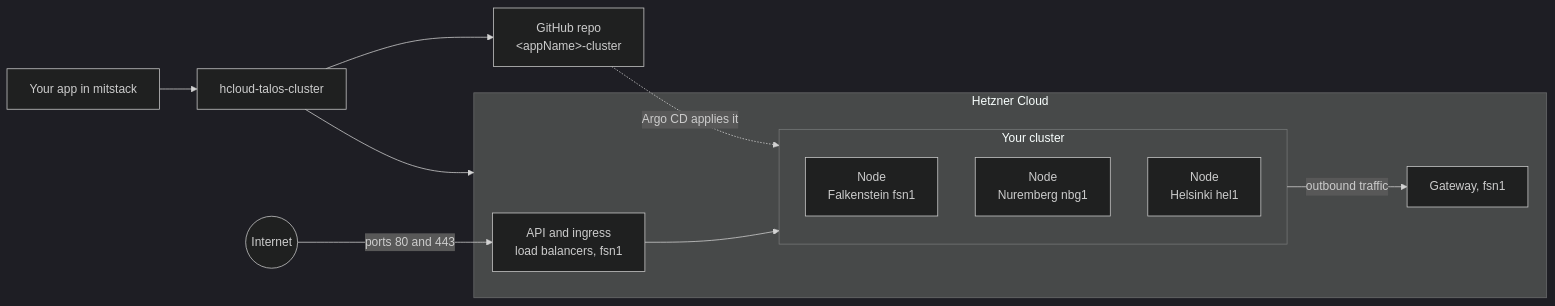
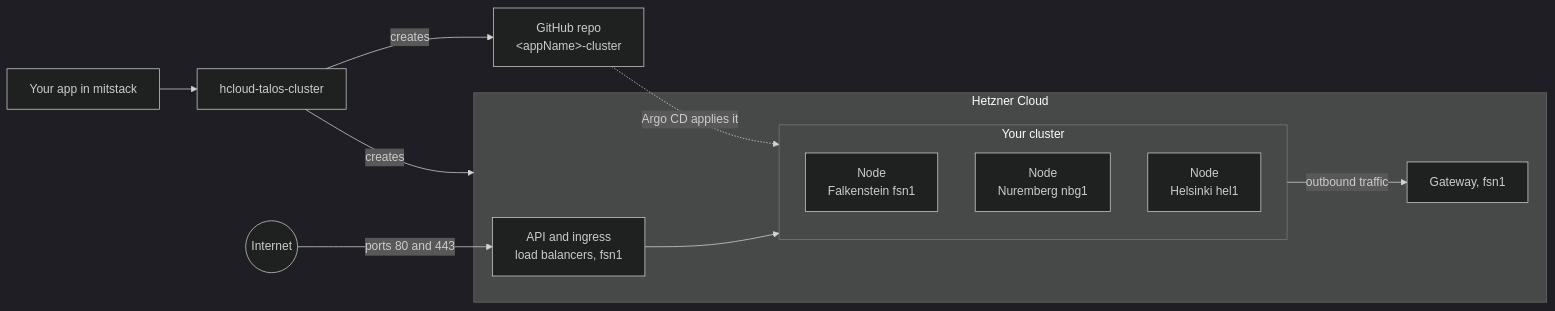
One commit to mitstack-eu/hcloud-talos-cluster changed the first of 2 diagrams in README.md. Above: the diagram before and after it, drawn with Mermaid (dark theme). The commit also changed other lines of this file, not shown here.

Commit message:
MIT-5267: the README defines Talos, Argo CD and the sequence diagram's terms before using them

````diff
--- a/README.md
+++ b/README.md
@@ -9,19 +10,19 @@
 ```mermaid
 flowchart LR
     app["Your app in mitstack"] --> block["hcloud-talos-cluster"]
-    block --> repo["GitHub repo<br/>#lt;appName#gt;-cluster"]
-    block --> hetzner
+    block -- "creates" --> repo["GitHub repo<br/>#lt;appName#gt;-cluster"]
+    block -- "creates" --> hetzner
     subgraph hetzner["Hetzner Cloud"]
         lb["API and ingress<br/>load balancers, fsn1"]
         subgraph cluster["Your cluster"]
             n1["Node<br/>Falkenstein fsn1"]
             n2["Node<br/>Nuremberg nbg1"]
             n3["Node<br/>Helsinki hel1"]
         end
         gw["Gateway, fsn1"]
     end
     web(("Internet")) -- "ports 80 and 443" --> lb
     lb --> cluster
     cluster -- "outbound traffic" --> gw
     repo -. "Argo CD applies it" .-> cluster
 ```
````
